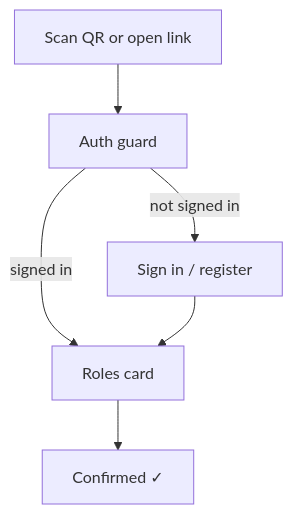
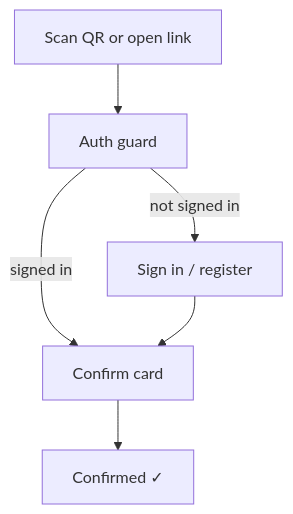
Before and after one commit to misu-tmc/misu: the diagram in design/functionalities/check_in.md, drawn with Mermaid. The commit also changed other lines of this file and 3 other files, not shown here.

````diff
--- a/design/functionalities/check_in.md
+++ b/design/functionalities/check_in.md
@@ -20,8 +20,8 @@
 ```mermaid
 flowchart TD
     Q[Scan QR or open link] --> A[Auth guard]
-    A -->|signed in| R[Roles card]
+    A -->|signed in| R[Confirm card]
     A -->|not signed in| S[Sign in / register]
     S --> R
     R --> DONE[Confirmed ✓]
 ```
````
